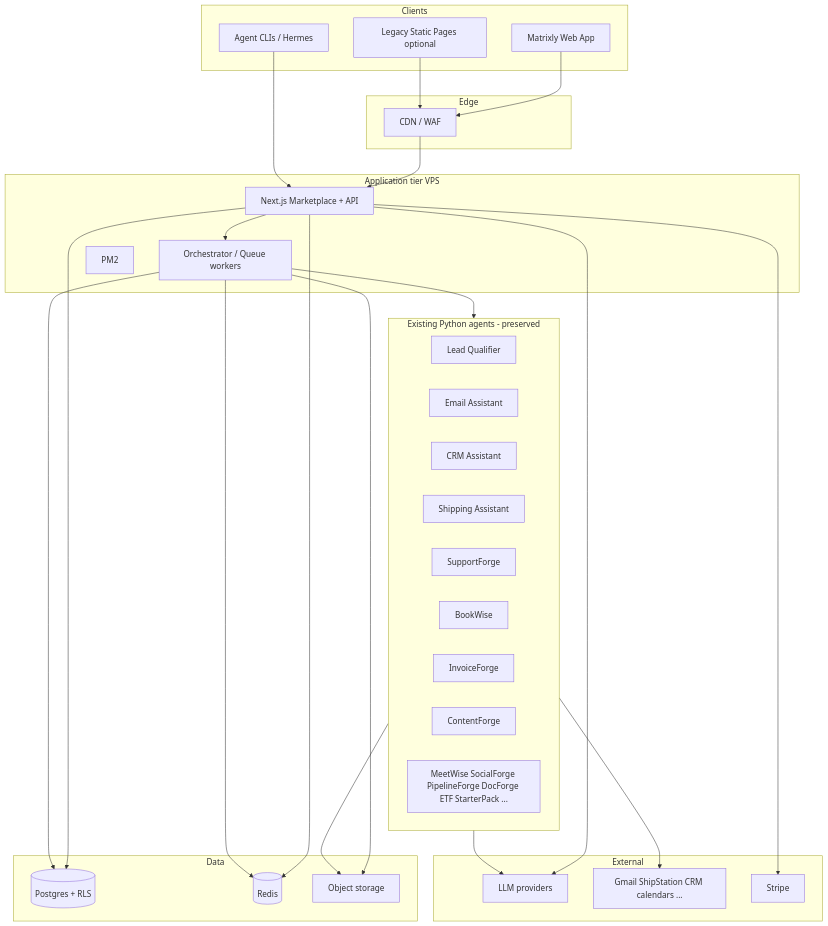
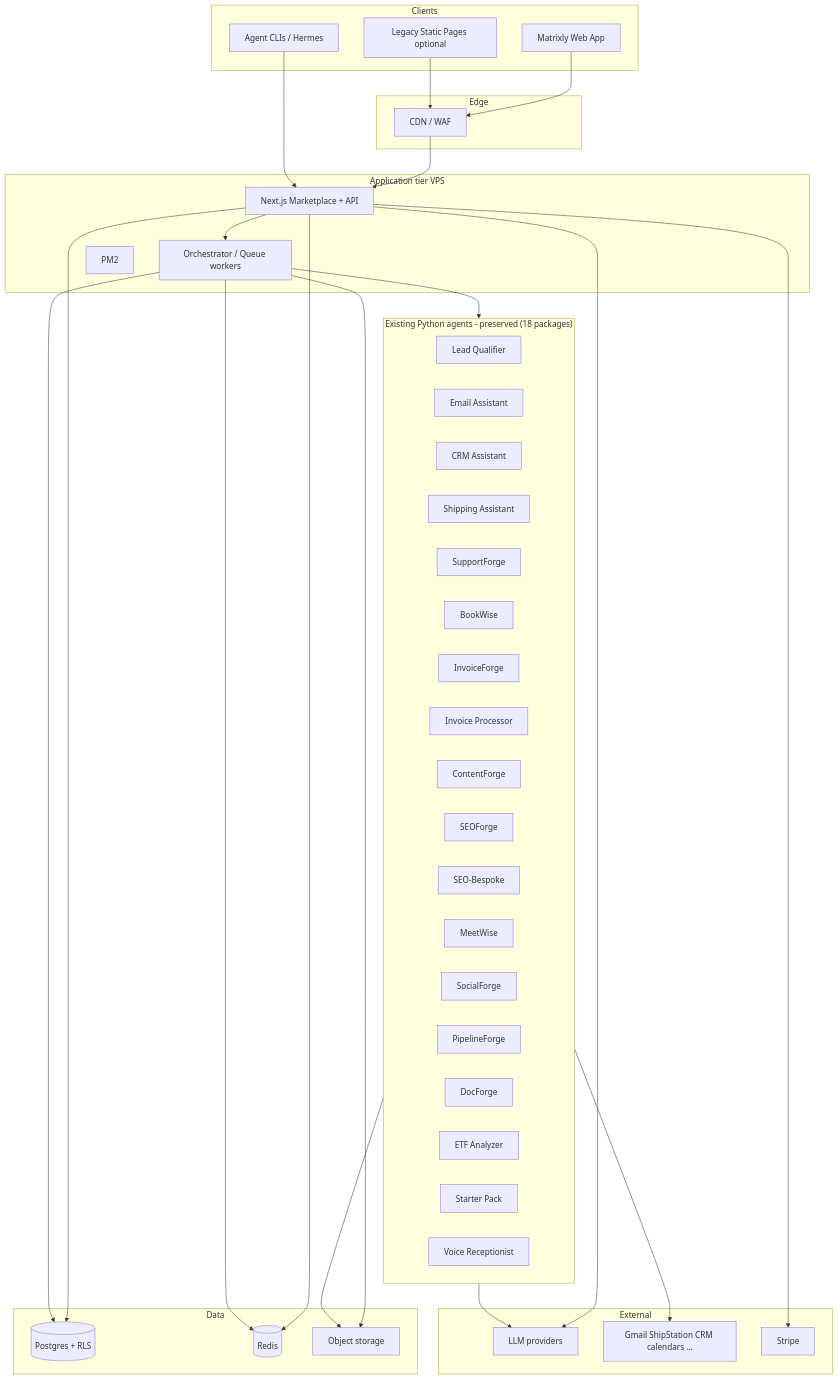
The first of 2 diagrams in docs/STACK_AND_MIGRATION.md (apchowdhury25/matrixly-ai), drawn with Mermaid before and after one commit. The commit also changed other lines of this file and 16 other files, not shown here.

First line of the commit message:
docs: refresh agent catalog and move SEO-Bespoke to port 8801

````diff
--- a/docs/STACK_AND_MIGRATION.md
+++ b/docs/STACK_AND_MIGRATION.md
@@ -41,58 +42,67 @@
 ```mermaid
 flowchart TB
   subgraph Clients
     WebUI[Matrixly Web App]
     Static[Legacy Static Pages optional]
     CLI[Agent CLIs / Hermes]
   end
 
   subgraph Edge
     CDN[CDN / WAF]
   end
 
   subgraph AppTier["Application tier VPS"]
     Next[Next.js Marketplace + API]
     Orch[Orchestrator / Queue workers]
     PM2[PM2]
   end
 
   subgraph Data
     PG[(Postgres + RLS)]
     Redis[(Redis)]
     Blob[Object storage]
   end
 
-  subgraph Agents["Existing Python agents - preserved"]
+  subgraph Agents["Existing Python agents - preserved (18 packages)"]
     LQ[Lead Qualifier]
     EA[Email Assistant]
     CRM[CRM Assistant]
     SH[Shipping Assistant]
     SF[SupportForge]
     BW[BookWise]
     IF[InvoiceForge]
+    IP[Invoice Processor]
     CF[ContentForge]
-    Others[MeetWise SocialForge PipelineForge DocForge ETF StarterPack ...]
+    SEO[SEOForge]
+    BESPOKE[SEO-Bespoke]
+    MW[MeetWise]
+    SOC[SocialForge]
+    PIPE[PipelineForge]
+    DOC[DocForge]
+    ETF[ETF Analyzer]
+    SP[Starter Pack]
+    VR[Voice Receptionist]
   end
 
   subgraph External
     LLM[LLM providers]
     SaaS[Gmail ShipStation CRM calendars ...]
     Stripe[Stripe]
   end
 
   WebUI --> CDN --> Next
   Static --> CDN
   CLI --> Next
   Next --> PG
   Next --> Redis
   Next --> Stripe
   Next --> Orch
   Orch --> Redis
   Orch --> PG
   Orch --> Agents
   Agents --> LLM
   Agents --> SaaS
   Agents --> Blob
   Orch --> Blob
   Next --> LLM
 ```
````
